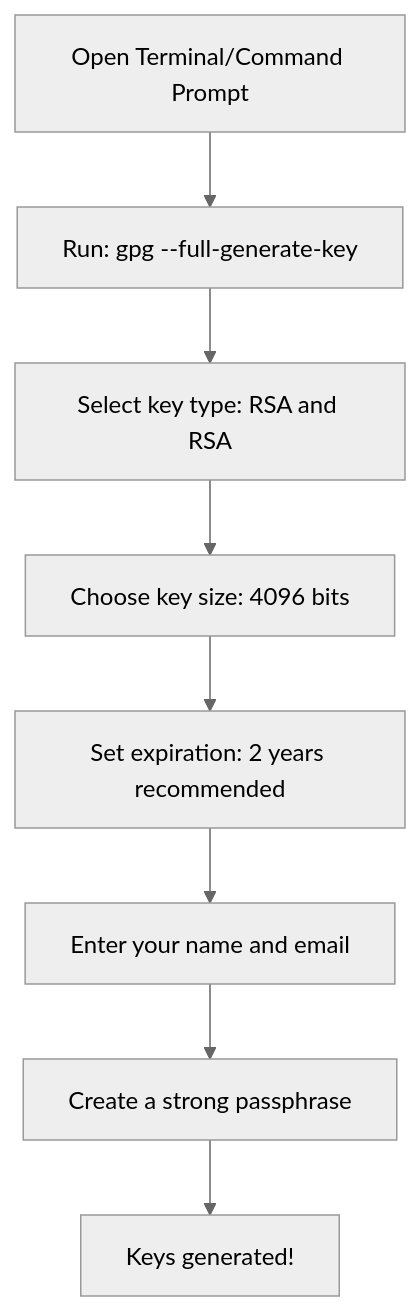
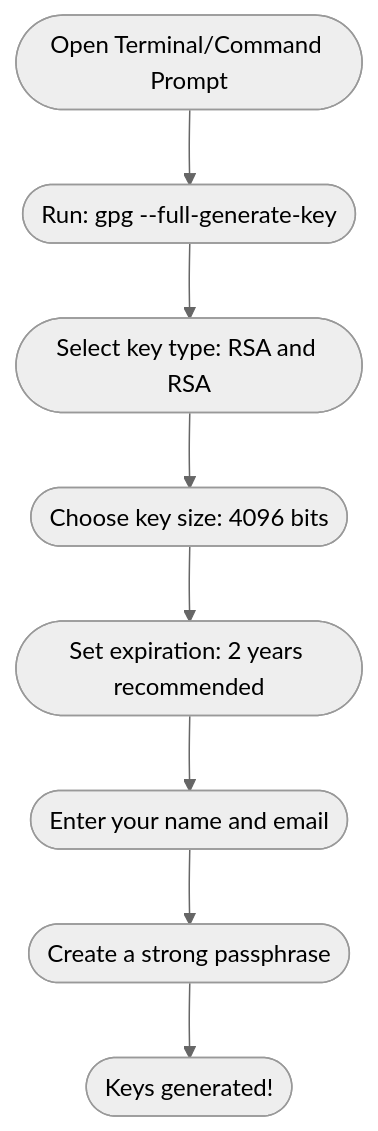
One commit to luizdepra/hugo-coder changed the fourth of 6 diagrams in content/posts/email-security-for-writers.md. Above: the diagram before and after it, drawn with Mermaid (neutral theme). The commit also changed other lines of this file, not shown here.

Commit message:
style: Update Mermaid diagrams with rounded node corners

```diff
--- a/content/posts/email-security-for-writers.md
+++ b/content/posts/email-security-for-writers.md
@@ -101,10 +101,10 @@
 {{< mermaid >}}
 flowchart TD
-    A[Open Terminal/Command Prompt] --> B[Run: gpg --full-generate-key]
-    B --> C[Select key type: RSA and RSA]
-    C --> D[Choose key size: 4096 bits]
-    D --> E[Set expiration: 2 years recommended]
-    E --> F[Enter your name and email]
-    F --> G[Create a strong passphrase]
-    G --> H[Keys generated!]
+    A([Open Terminal/Command Prompt]) --> B([Run: gpg --full-generate-key])
+    B --> C([Select key type: RSA and RSA])
+    C --> D([Choose key size: 4096 bits])
+    D --> E([Set expiration: 2 years recommended])
+    E --> F([Enter your name and email])
+    F --> G([Create a strong passphrase])
+    G --> H([Keys generated!])
 {{< /mermaid >}}
```
